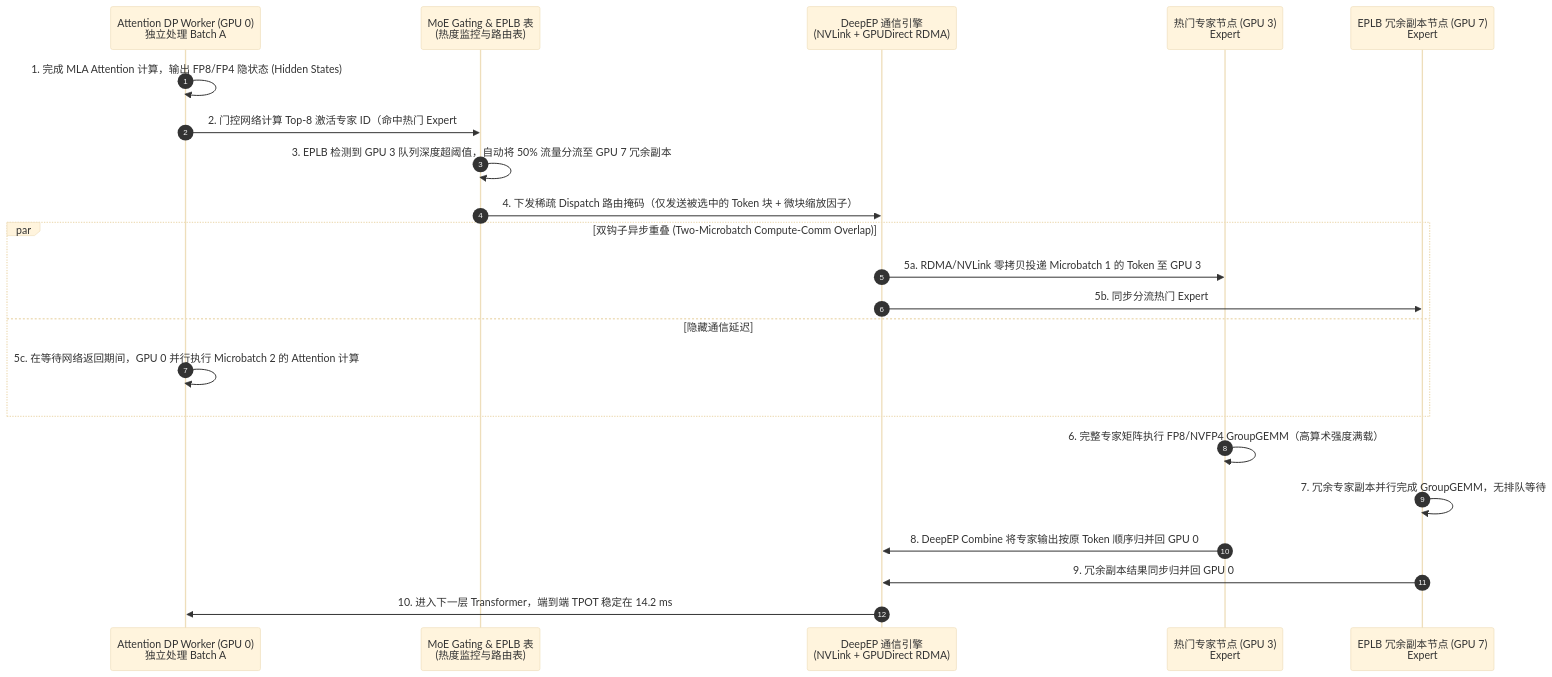
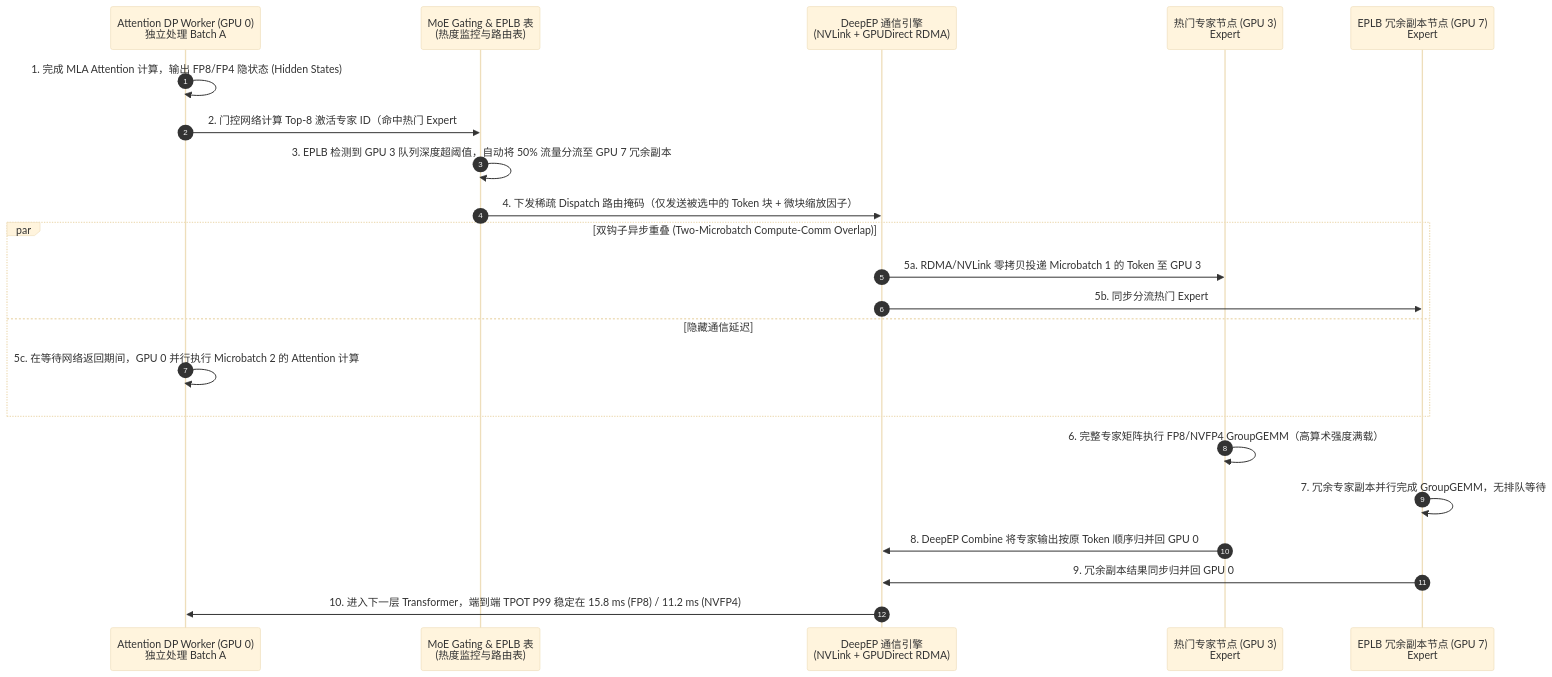
Before and after one commit to turbo998/ai-infra-research: the third of 3 diagrams in docs/components/moe-quantization-parallelism-selection-faq.md, drawn with Mermaid (base theme). The commit also changed other lines of this file and 34 other files, not shown here.

````diff
--- a/docs/components/moe-quantization-parallelism-selection-faq.md
+++ b/docs/components/moe-quantization-parallelism-selection-faq.md
@@ -120,25 +123,25 @@
 ```mermaid
 sequenceDiagram
     autonumber
     participant Attn as Attention DP Worker (GPU 0)<br/>独立处理 Batch A
     participant Router as MoE Gating & EPLB 表<br/>(热度监控与路由表)
     participant DeepEP as DeepEP 通信引擎<br/>(NVLink + GPUDirect RDMA)
     participant ExpHot as 热门专家节点 (GPU 3)<br/>Expert #12 (代码生成专家)
     participant ExpRep as EPLB 冗余副本节点 (GPU 7)<br/>Expert #12 Replica
 
     Attn->>Attn: 1. 完成 MLA Attention 计算，输出 FP8/FP4 隐状态 (Hidden States)
     Attn->>Router: 2. 门控网络计算 Top-8 激活专家 ID（命中热门 Expert #12）
     Router->>Router: 3. EPLB 检测到 GPU 3 队列深度超阈值，自动将 50% 流量分流至 GPU 7 冗余副本
     Router->>DeepEP: 4. 下发稀疏 Dispatch 路由掩码（仅发送被选中的 Token 块 + 微块缩放因子）
     par 双钩子异步重叠 (Two-Microbatch Compute-Comm Overlap)
         DeepEP->>ExpHot: 5a. RDMA/NVLink 零拷贝投递 Microbatch 1 的 Token 至 GPU 3
         DeepEP->>ExpRep: 5b. 同步分流热门 Expert #12 的 Token 至 GPU 7 冗余副本
     and 隐藏通信延迟
         Attn->>Attn: 5c. 在等待网络返回期间，GPU 0 并行执行 Microbatch 2 的 Attention 计算
     end
     ExpHot->>ExpHot: 6. 完整专家矩阵执行 FP8/NVFP4 GroupGEMM（高算术强度满载）
     ExpRep->>ExpRep: 7. 冗余专家副本并行完成 GroupGEMM，无排队等待
     ExpHot->>DeepEP: 8. DeepEP Combine 将专家输出按原 Token 顺序归并回 GPU 0
     ExpRep->>DeepEP: 9. 冗余副本结果同步归并回 GPU 0
-    DeepEP->>Attn: 10. 进入下一层 Transformer，端到端 TPOT 稳定在 14.2 ms
+    DeepEP->>Attn: 10. 进入下一层 Transformer，端到端 TPOT P99 稳定在 15.8 ms (FP8) / 11.2 ms (NVFP4)
 ```
````
